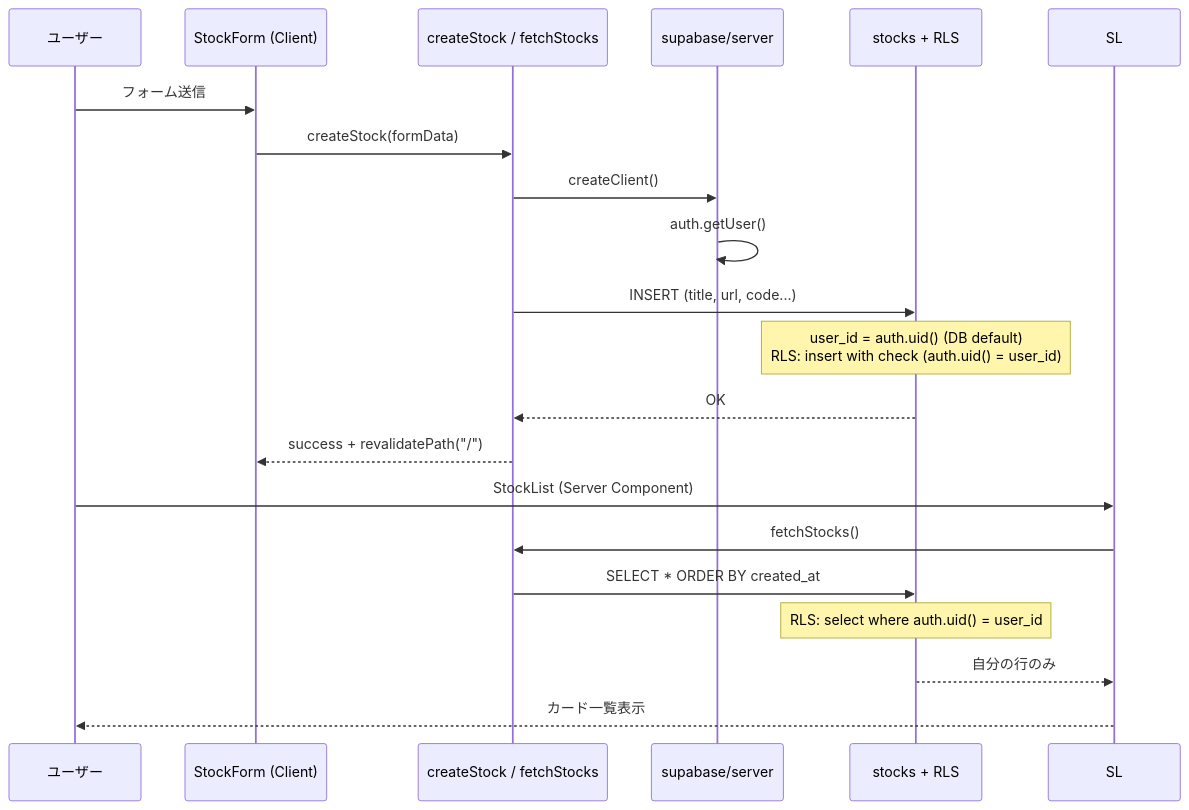
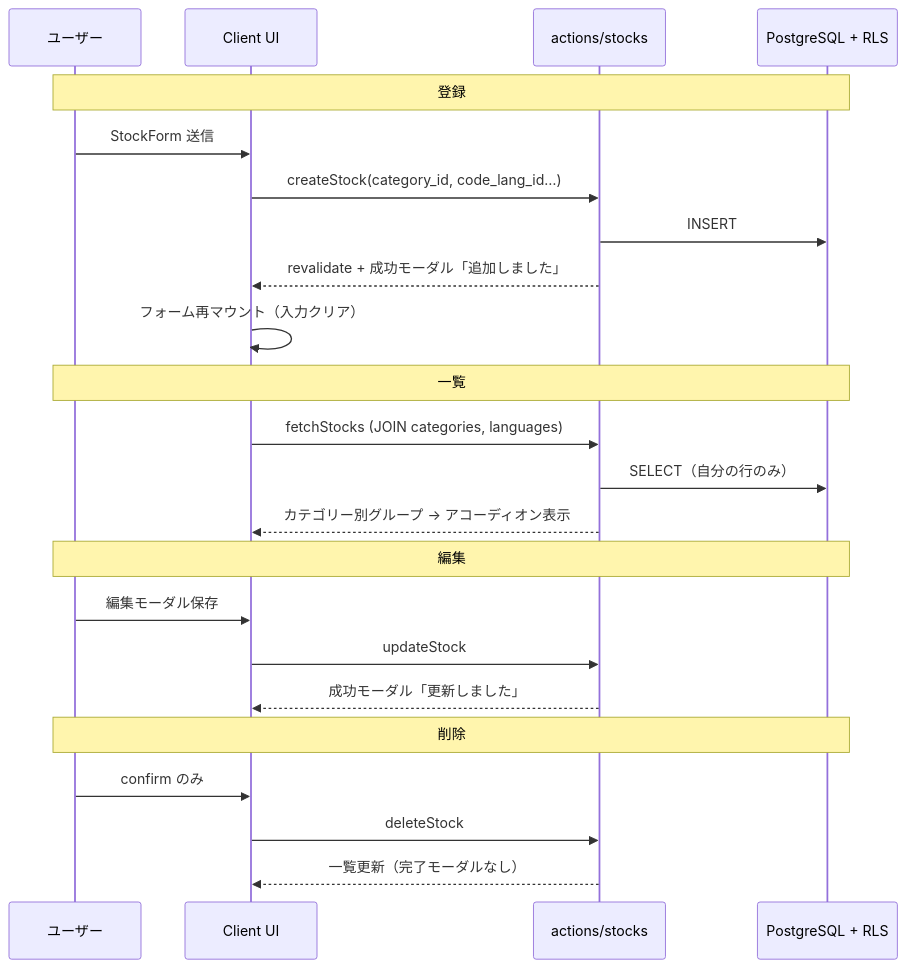
The third of 5 diagrams in docs/architecture.md (ryo-riverfield/fav-code-stock), drawn with Mermaid before and after one commit. The commit also changed other lines of this file and 21 other files, not shown here.

````diff
--- a/docs/architecture.md
+++ b/docs/architecture.md
@@ -252,24 +194,29 @@
 ```mermaid
 sequenceDiagram
     participant U as ユーザー
-    participant SF as StockForm (Client)
-    participant SS as createStock / fetchStocks
-    participant SC as supabase/server
-    participant DB as stocks + RLS
+    participant UI as Client UI
+    participant SS as actions/stocks
+    participant DB as PostgreSQL + RLS
 
-    U->>SF: フォーム送信
-    SF->>SS: createStock(formData)
-    SS->>SC: createClient()
-    SC->>SC: auth.getUser()
-    SS->>DB: INSERT (title, url, code...)
-    Note over DB: user_id = auth.uid() (DB default)<br/>RLS: insert with check (auth.uid() = user_id)
-    DB-->>SS: OK
-    SS-->>SF: success + revalidatePath("/")
+    Note over U,DB: 登録
+    U->>UI: StockForm 送信
+    UI->>SS: createStock(category_id, code_lang_id…)
+    SS->>DB: INSERT
+    SS-->>UI: revalidate + 成功モーダル「追加しました」
+    UI->>UI: フォーム再マウント（入力クリア）
 
-    U->>SL: StockList (Server Component)
-    SL->>SS: fetchStocks()
-    SS->>DB: SELECT * ORDER BY created_at
-    Note over DB: RLS: select where auth.uid() = user_id
-    DB-->>SL: 自分の行のみ
-    SL-->>U: カード一覧表示
+    Note over U,DB: 一覧
+    UI->>SS: fetchStocks (JOIN categories, languages)
+    SS->>DB: SELECT（自分の行のみ）
+    SS-->>UI: カテゴリー別グループ → アコーディオン表示
+
+    Note over U,DB: 編集
+    U->>UI: 編集モーダル保存
+    UI->>SS: updateStock
+    SS-->>UI: 成功モーダル「更新しました」
+
+    Note over U,DB: 削除
+    U->>UI: confirm のみ
+    UI->>SS: deleteStock
+    SS-->>UI: 一覧更新（完了モーダルなし）
 ```
````
